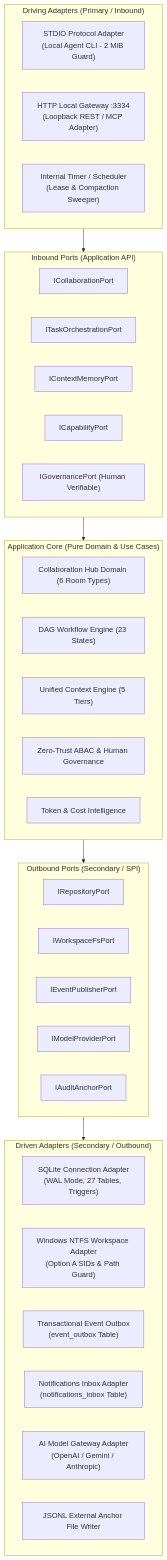
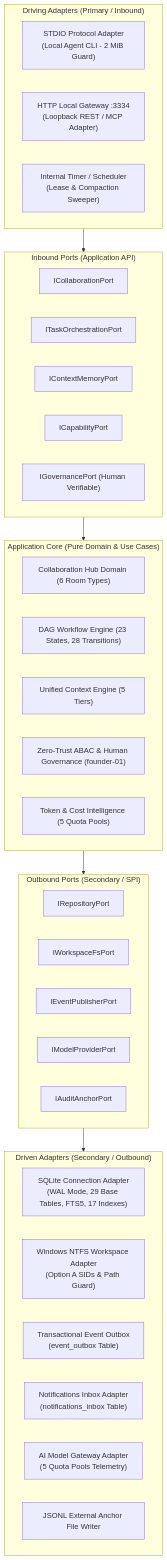
One commit to kietpro352010/AICO changed the first of 4 diagrams in docs/blueprint/v3/02_TARGET_ARCHITECTURE.md. Above: the diagram before and after it, drawn with Mermaid. The commit also changed other lines of this file and 11 other files, not shown here.

First line of the commit message:
docs(blueprint): reconcile v3 architecture, security gates, and contracts

````diff
--- a/docs/blueprint/v3/02_TARGET_ARCHITECTURE.md
+++ b/docs/blueprint/v3/02_TARGET_ARCHITECTURE.md
@@ -18,46 +17,46 @@
 ```mermaid
 graph TD
     subgraph DrivingAdapters["Driving Adapters (Primary / Inbound)"]
         StdioEntry["STDIO Protocol Adapter\n(Local Agent CLI - 2 MiB Guard)"]
         HttpEntry["HTTP Local Gateway :3334\n(Loopback REST / MCP Adapter)"]
         CronTrigger["Internal Timer / Scheduler\n(Lease & Compaction Sweeper)"]
     end
 
     subgraph PortsIn["Inbound Ports (Application API)"]
         ICollabPort["ICollaborationPort"]
         ITaskPort["ITaskOrchestrationPort"]
         IContextPort["IContextMemoryPort"]
         ICapabilityPort["ICapabilityPort"]
         IGovernancePort["IGovernancePort (Human Verifiable)"]
     end
 
     subgraph CoreDomain["Application Core (Pure Domain & Use Cases)"]
         CollabCore["Collaboration Hub Domain (6 Room Types)"]
-        WorkflowCore["DAG Workflow Engine (23 States)"]
+        WorkflowCore["DAG Workflow Engine (23 States, 28 Transitions)"]
         ContextCore["Unified Context Engine (5 Tiers)"]
-        SecurityCore["Zero-Trust ABAC & Human Governance"]
-        CostCore["Token & Cost Intelligence"]
+        SecurityCore["Zero-Trust ABAC & Human Governance (founder-01)"]
+        CostCore["Token & Cost Intelligence (5 Quota Pools)"]
     end
 
     subgraph PortsOut["Outbound Ports (Secondary / SPI)"]
         IRepoPort["IRepositoryPort"]
         IFsPort["IWorkspaceFsPort"]
         IEventPort["IEventPublisherPort"]
         IModelPort["IModelProviderPort"]
         IAuditPort["IAuditAnchorPort"]
     end
 
     subgraph DrivenAdapters["Driven Adapters (Secondary / Outbound)"]
-        SqliteAdapter["SQLite Connection Adapter\n(WAL Mode, 27 Tables, Triggers)"]
+        SqliteAdapter["SQLite Connection Adapter\n(WAL Mode, 29 Base Tables, FTS5, 17 Indexes)"]
         NtfsAdapter["Windows NTFS Workspace Adapter\n(Option A SIDs & Path Guard)"]
         EventOutbox["Transactional Event Outbox\n(event_outbox Table)"]
         NotificationInbox["Notifications Inbox Adapter\n(notifications_inbox Table)"]
-        ModelRouter["AI Model Gateway Adapter\n(OpenAI / Gemini / Anthropic)"]
+        ModelRouter["AI Model Gateway Adapter\n(5 Quota Pools Telemetry)"]
         AnchorFs["JSONL External Anchor File Writer"]
     end
 
     DrivingAdapters --> PortsIn
     PortsIn --> CoreDomain
     CoreDomain --> PortsOut
     PortsOut --> DrivenAdapters
 ```
````
